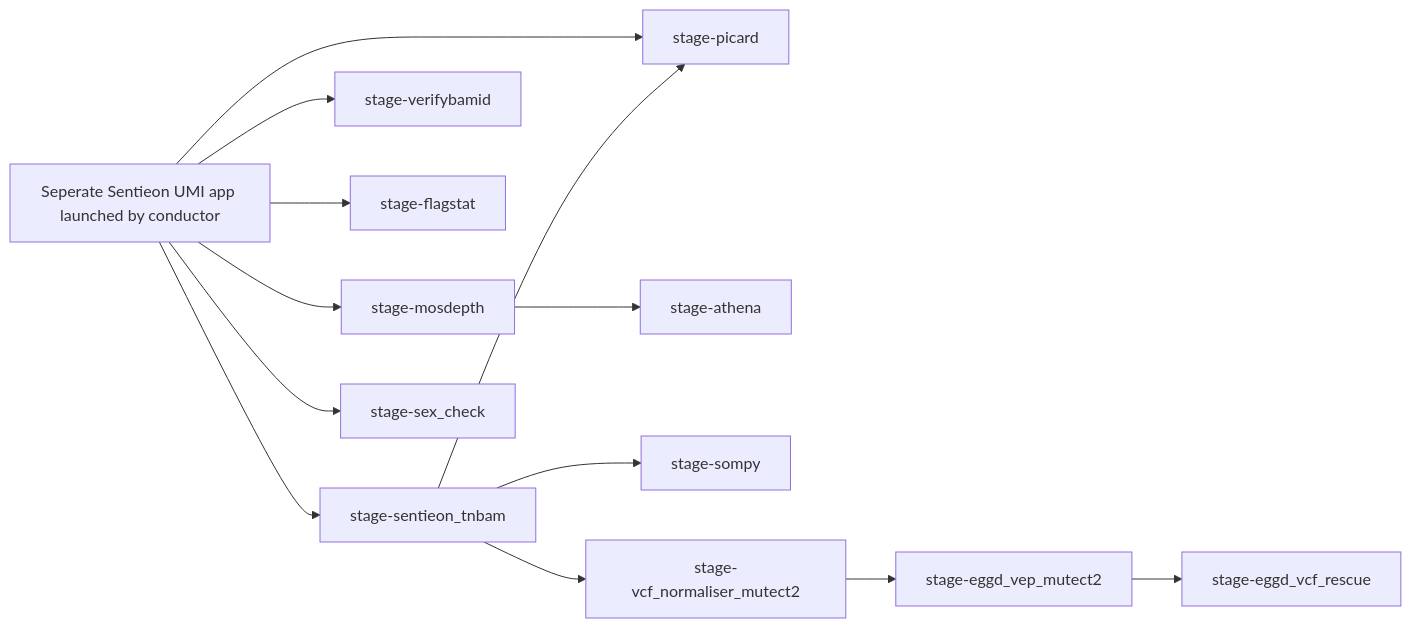
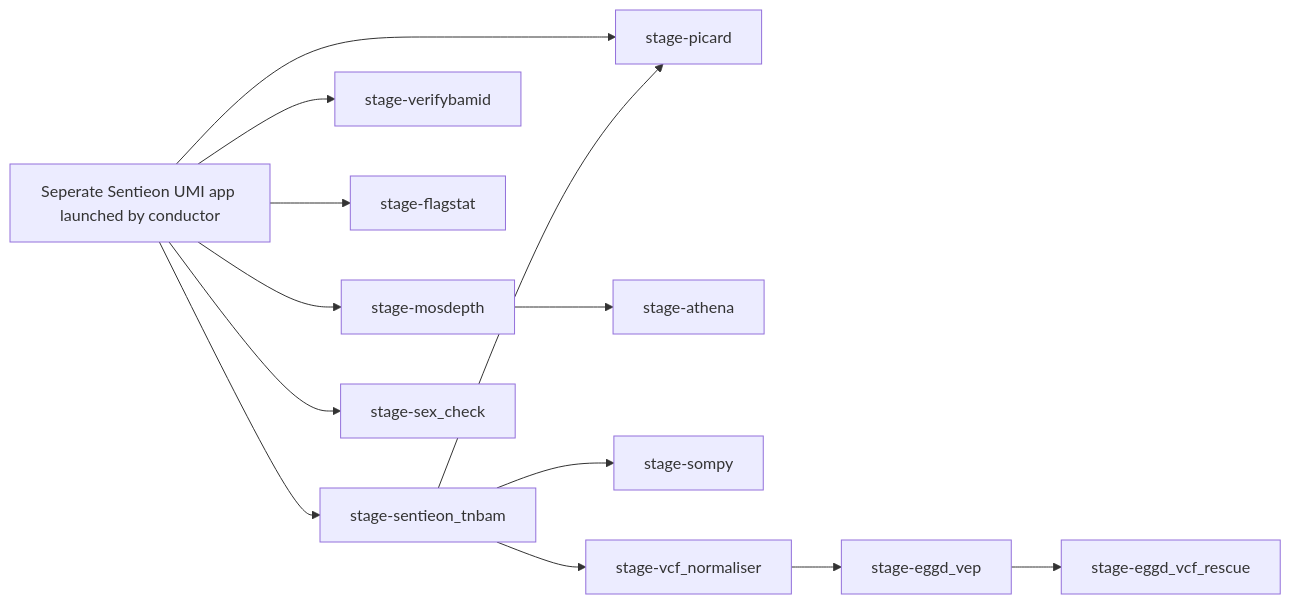
Before and after one commit to eastgenomics/eggd_atlas_main_workflow: the diagram in README.md, drawn with Mermaid. The commit also changed other lines of this file, not shown here.

Commit message:
Updated naming in the diagram and added eggd_vcf_normaliser to version table.

````diff
--- a/README.md
+++ b/README.md
@@ -25,33 +26,33 @@
 ```mermaid
 graph LR
   S_UMI["Seperate Sentieon UMI app launched by conductor"]
   S_TNBAM["stage-sentieon_tnbam"]
   VERIFY["stage-verifybamid"]
   PICARD["stage-picard"]
   FLAG["stage-flagstat"]
   MOS["stage-mosdepth"]
   ATH["stage-athena"]
   SEX["stage-sex_check"]
   SOMPY["stage-sompy"]
-  VN_MUT["stage-vcf_normaliser_mutect2"]
-  VEP_MUT["stage-eggd_vep_mutect2"]
+  VCF_NORM["stage-vcf_normaliser"]
+  VEP["stage-eggd_vep"]
   RESCUE["stage-eggd_vcf_rescue"]
 
   %% Primary data flow edges (from JSON links)
   S_UMI --> S_TNBAM
   S_UMI --> VERIFY
   S_UMI --> PICARD
   S_TNBAM --> PICARD
   S_UMI --> FLAG
   S_UMI --> MOS
   MOS --> ATH
   S_UMI --> SEX
   S_TNBAM --> SOMPY
 
   %% VCF normalization / annotation flow
-  S_TNBAM --> VN_MUT
-  VN_MUT --> VEP_MUT
-  VEP_MUT --> RESCUE
+  S_TNBAM --> VCF_NORM
+  VCF_NORM --> VEP
+  VEP --> RESCUE
 
 
 ```
````
